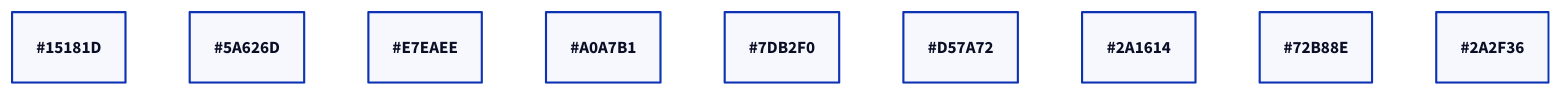
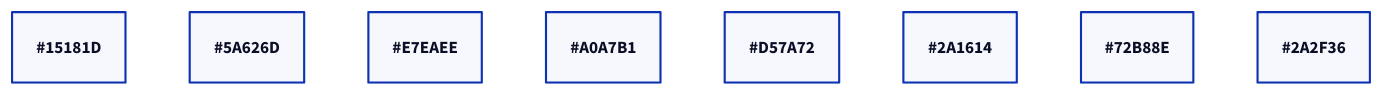
One commit to sohan-bhat/OpenHAL changed the diagram in docs/diagrams/theme-dark.d2. Above: the diagram before and after it, drawn with D2. The commit also changed 8 other files, not shown here.

First line of the commit message:
docs(diagrams): neutral wires in the README flow diagram so blue means pending only

```diff
--- a/docs/diagrams/theme-dark.d2
+++ b/docs/diagrams/theme-dark.d2
@@ -1,9 +1,8 @@
 surface: "#15181D"
 line: "#5A626D"
 text: "#E7EAEE"
 text2: "#A0A7B1"
-accent: "#7DB2F0"
 blocked: "#D57A72"
 blocked-fill: "#2A1614"
 ok: "#72B88E"
 border: "#2A2F36"
```
